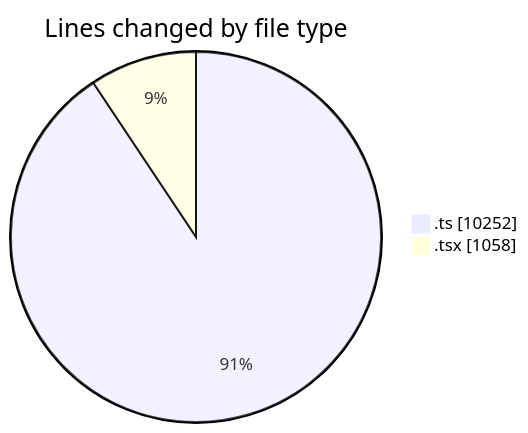
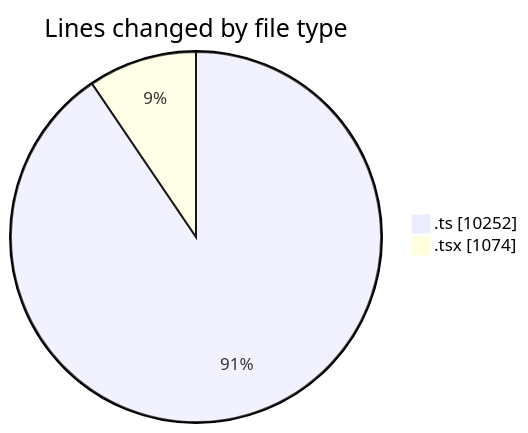
One commit to momahboobian/code-tracking changed the first of 2 diagrams in 2025-06-23/cda/README.md. Above: the diagram before and after it, drawn with Mermaid. The commit also changed other lines of this file and 1 other file, not shown here.

Commit message:
Type: refactor Scope: cda Brief summary: Refactored HelperGlossary.tsx file to include more detailed information about the changes made in the file. Modified functions: HelperGlossary.tsx Files changed: activity.json, README.md Activity duration: 76 minutes

````diff
--- a/2025-06-23/cda/README.md
+++ b/2025-06-23/cda/README.md
@@ -26,6 +26,6 @@
 ```mermaid
 pie showData
 title Lines changed by file type
 ".ts" : 10252
-".tsx" : 1058
+".tsx" : 1074
 ```
````
